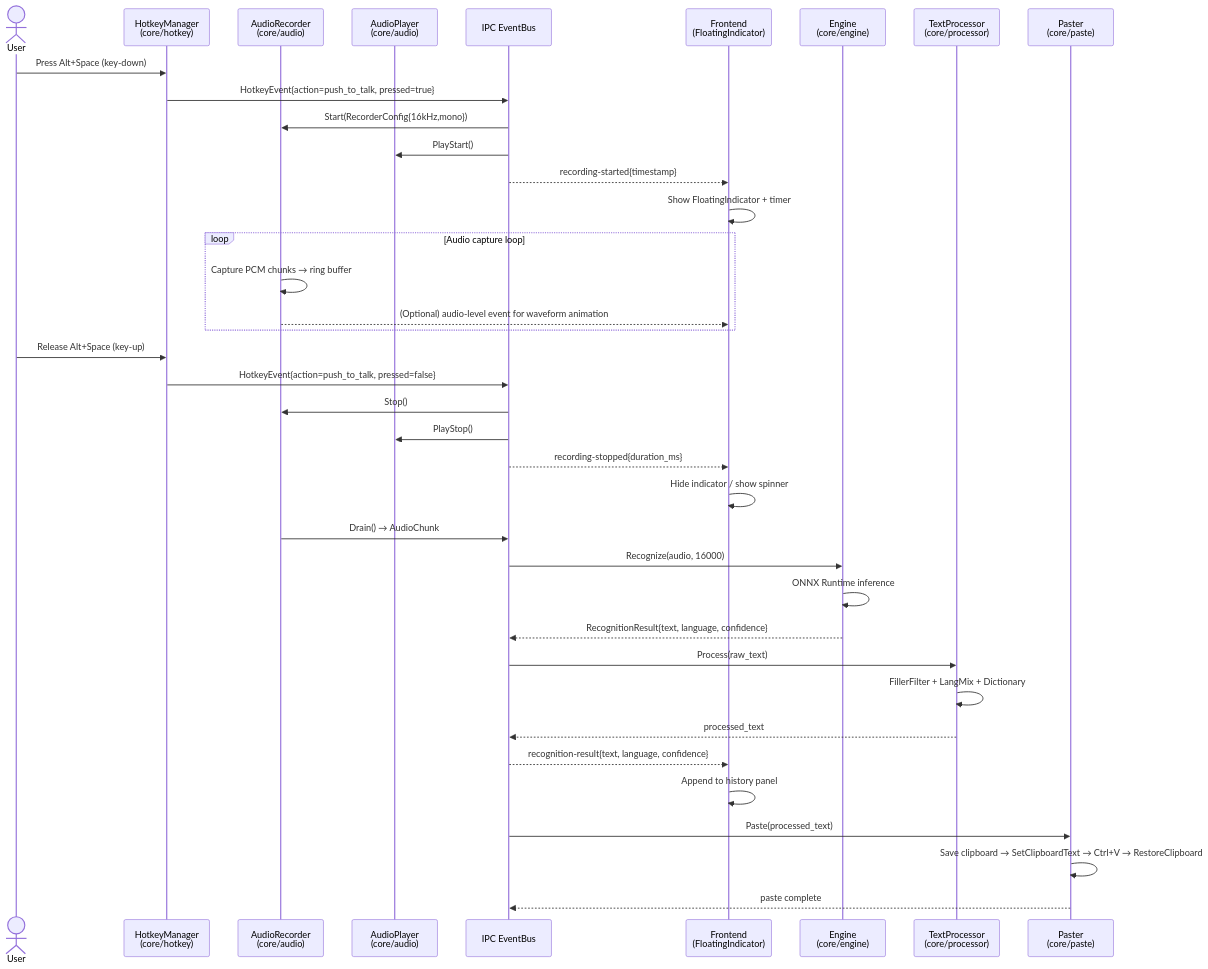
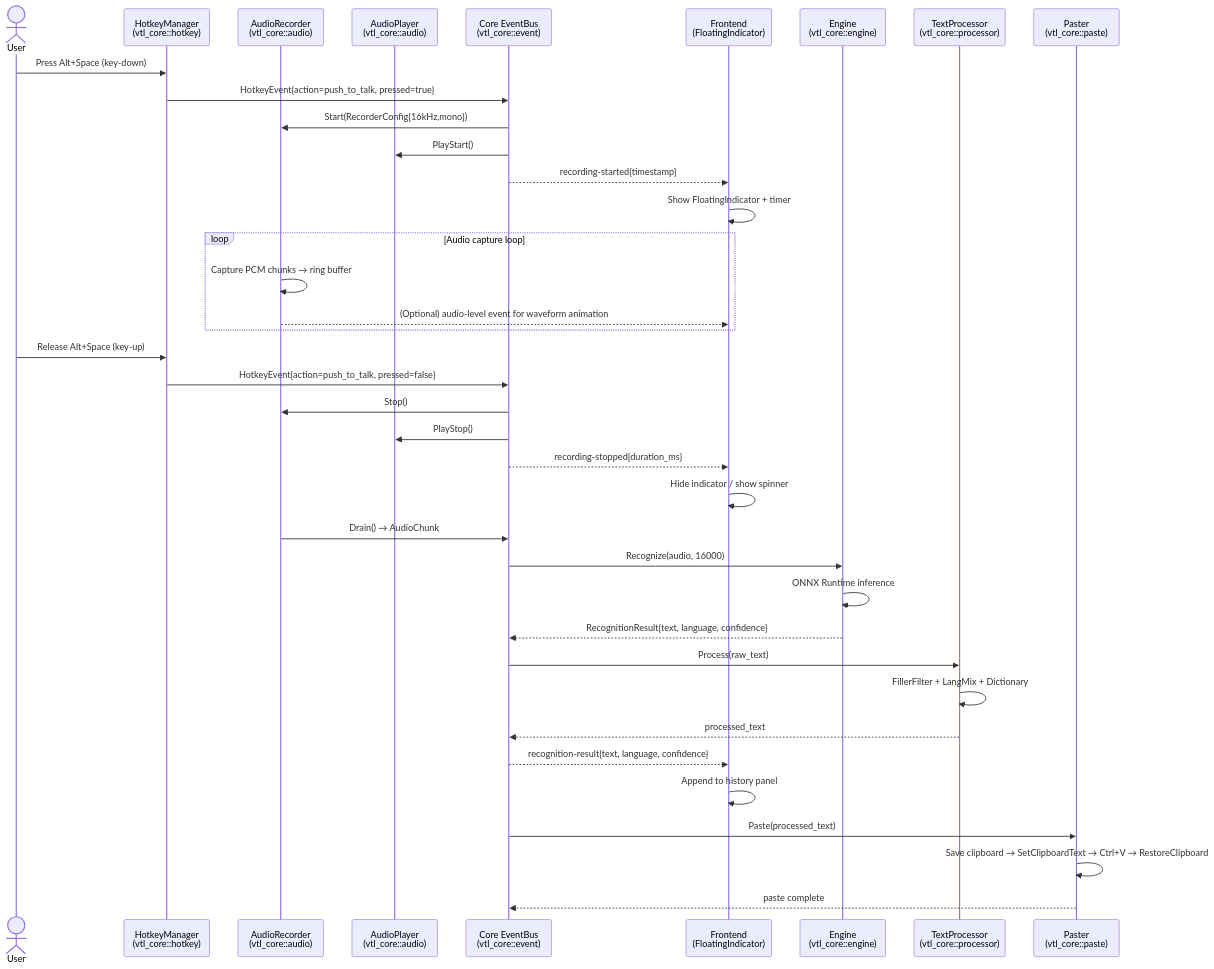
One commit to stevenke1981/Voice-typeless changed the second of 4 diagrams in docs/architecture.md. Above: the diagram before and after it, drawn with Mermaid. The commit also changed other lines of this file and 7 other files, not shown here.

First line of the commit message:
feat(core): wire Recorder/Player into Tauri AppState and remove demo

````diff
--- a/docs/architecture.md
+++ b/docs/architecture.md
@@ -966,47 +968,47 @@
 ```mermaid
 sequenceDiagram
     actor User
-    participant HK as HotkeyManager<br/>(core/hotkey)
-    participant AR as AudioRecorder<br/>(core/audio)
-    participant AP as AudioPlayer<br/>(core/audio)
-    participant EV as IPC EventBus
+    participant HK as HotkeyManager<br/>(vtl_core::hotkey)
+    participant AR as AudioRecorder<br/>(vtl_core::audio)
+    participant AP as AudioPlayer<br/>(vtl_core::audio)
+    participant EV as Core EventBus<br/>(vtl_core::event)
     participant FE as Frontend<br/>(FloatingIndicator)
-    participant ENG as Engine<br/>(core/engine)
-    participant PROC as TextProcessor<br/>(core/processor)
-    participant PST as Paster<br/>(core/paste)
+    participant ENG as Engine<br/>(vtl_core::engine)
+    participant PROC as TextProcessor<br/>(vtl_core::processor)
+    participant PST as Paster<br/>(vtl_core::paste)
 
     User->>HK: Press Alt+Space (key-down)
     HK->>EV: HotkeyEvent{action=push_to_talk, pressed=true}
     EV->>AR: Start(RecorderConfig{16kHz,mono})
     EV->>AP: PlayStart()
     EV-->>FE: recording-started{timestamp}
     FE->>FE: Show FloatingIndicator + timer
 
     loop Audio capture loop
         AR->>AR: Capture PCM chunks → ring buffer
         AR-->>FE: (Optional) audio-level event for waveform animation
     end
 
     User->>HK: Release Alt+Space (key-up)
     HK->>EV: HotkeyEvent{action=push_to_talk, pressed=false}
     EV->>AR: Stop()
     EV->>AP: PlayStop()
     EV-->>FE: recording-stopped{duration_ms}
     FE->>FE: Hide indicator / show spinner
 
     AR->>EV: Drain() → AudioChunk
     EV->>ENG: Recognize(audio, 16000)
     ENG->>ENG: ONNX Runtime inference
     ENG-->>EV: RecognitionResult{text, language, confidence}
 
     EV->>PROC: Process(raw_text)
     PROC->>PROC: FillerFilter + LangMix + Dictionary
     PROC-->>EV: processed_text
 
     EV-->>FE: recognition-result{text, language, confidence}
     FE->>FE: Append to history panel
 
     EV->>PST: Paste(processed_text)
     PST->>PST: Save clipboard → SetClipboardText → Ctrl+V → RestoreClipboard
     PST-->>EV: paste complete
 ```
````
